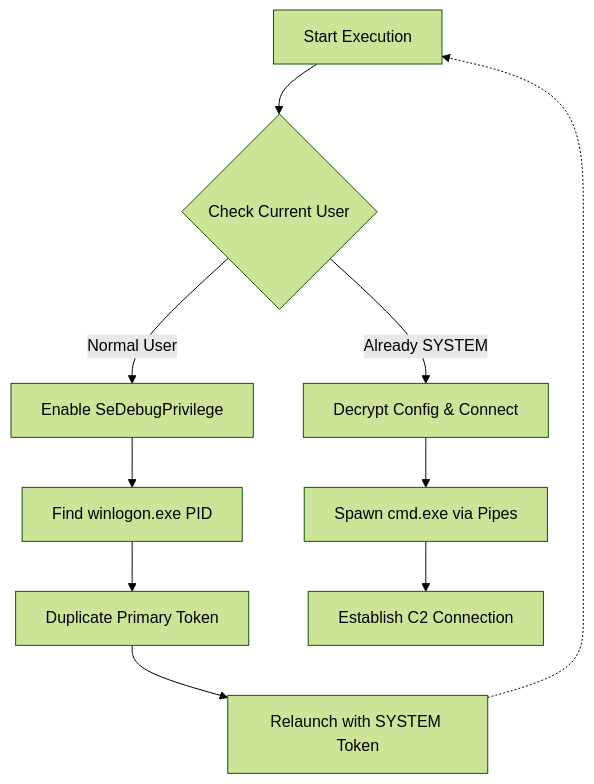
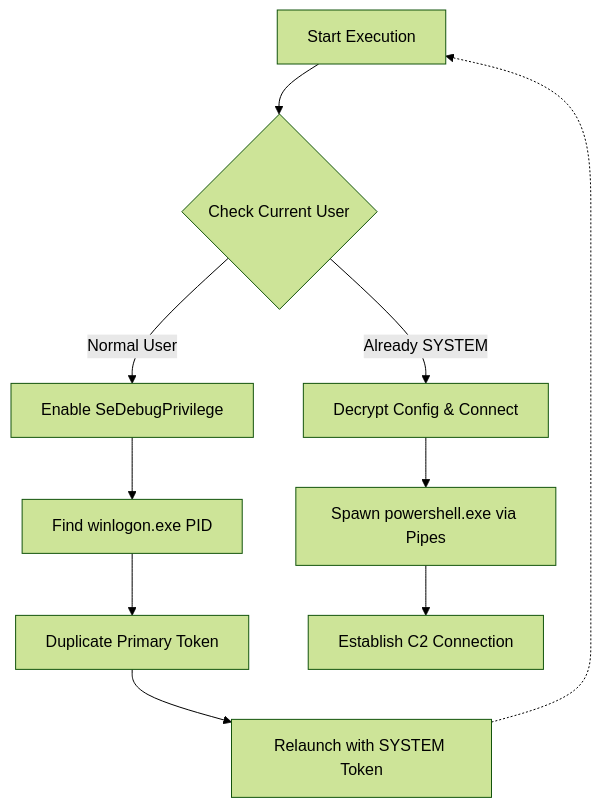
Before and after one commit to NoamKolet/ReverseShell: the diagram in README.md, drawn with Mermaid (forest theme). The commit also changed other lines of this file, not shown here.

````diff
--- a/README.md
+++ b/README.md
@@ -62,12 +68,12 @@
 ```mermaid
 graph TD
     A[Start Execution] --> B{Check Current User}
     B -- Already SYSTEM --> F[Decrypt Config & Connect]
     B -- Normal User --> C[Enable SeDebugPrivilege]
     C --> D[Find winlogon.exe PID]
     D --> E[Duplicate Primary Token]
     E --> G[Relaunch with SYSTEM Token]
     G -.-> A
-    F --> H[Spawn cmd.exe via Pipes]
+    F --> H[Spawn powershell.exe via Pipes]
     H --> I[Establish C2 Connection]
 ```
````
